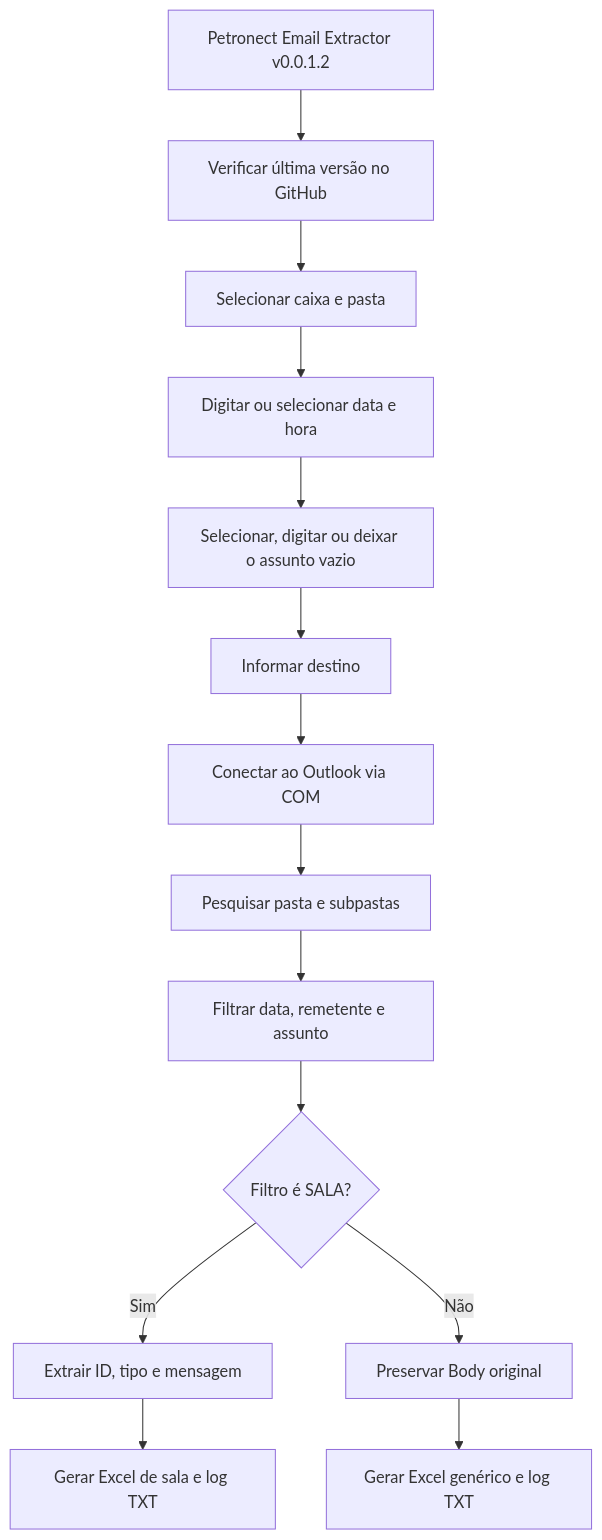
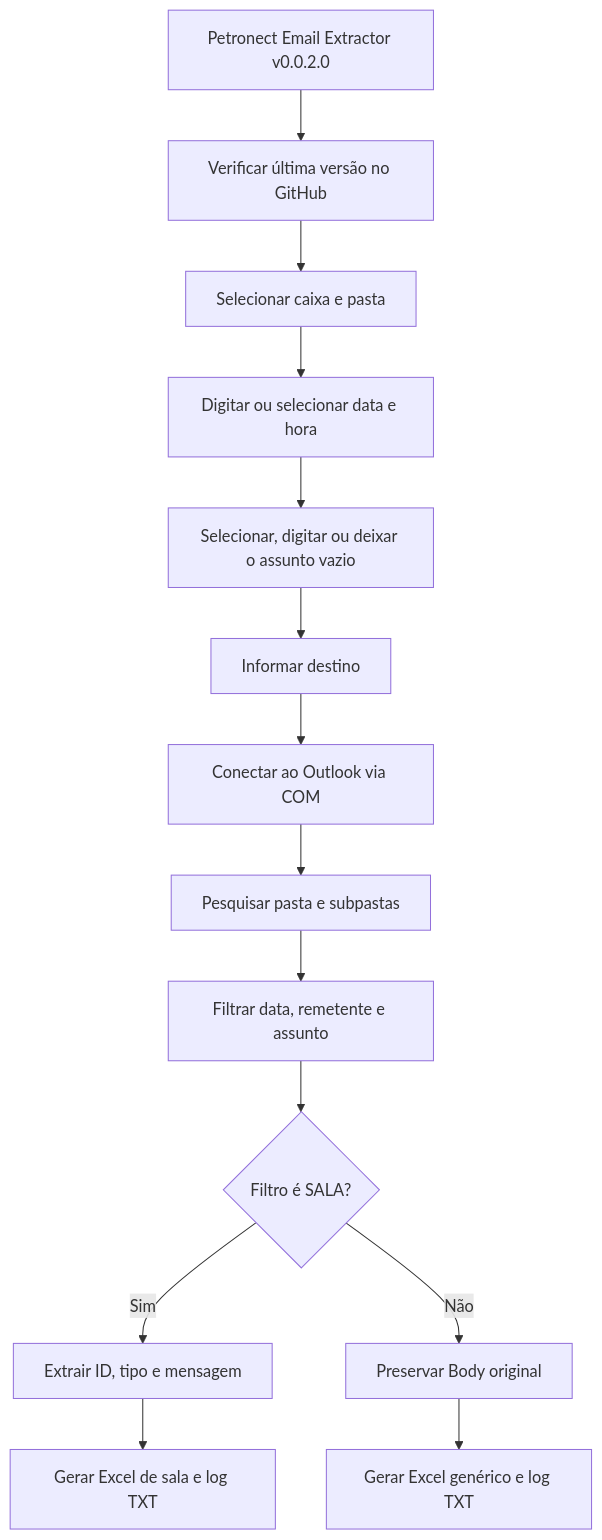
One commit to Marcus300/petronect-email-extractor changed the diagram in docs/FLUXOGRAMA.mmd. Above: the diagram before and after it, drawn with Mermaid. The commit also changed 23 other files, not shown here.

```diff
--- a/docs/FLUXOGRAMA.mmd
+++ b/docs/FLUXOGRAMA.mmd
@@ -1,14 +1,14 @@
 flowchart TD
-    A[Petronect Email Extractor v0.0.1.2] --> B[Verificar última versão no GitHub]
+    A[Petronect Email Extractor v0.0.2.0] --> B[Verificar última versão no GitHub]
     B --> C[Selecionar caixa e pasta]
     C --> D[Digitar ou selecionar data e hora]
     D --> E[Selecionar, digitar ou deixar o assunto vazio]
     E --> E2[Informar destino]
     E2 --> F[Conectar ao Outlook via COM]
     F --> G[Pesquisar pasta e subpastas]
     G --> H[Filtrar data, remetente e assunto]
     H --> I{Filtro é SALA?}
     I -->|Sim| J[Extrair ID, tipo e mensagem]
     I -->|Não| K[Preservar Body original]
     J --> L[Gerar Excel de sala e log TXT]
     K --> M[Gerar Excel genérico e log TXT]
```
